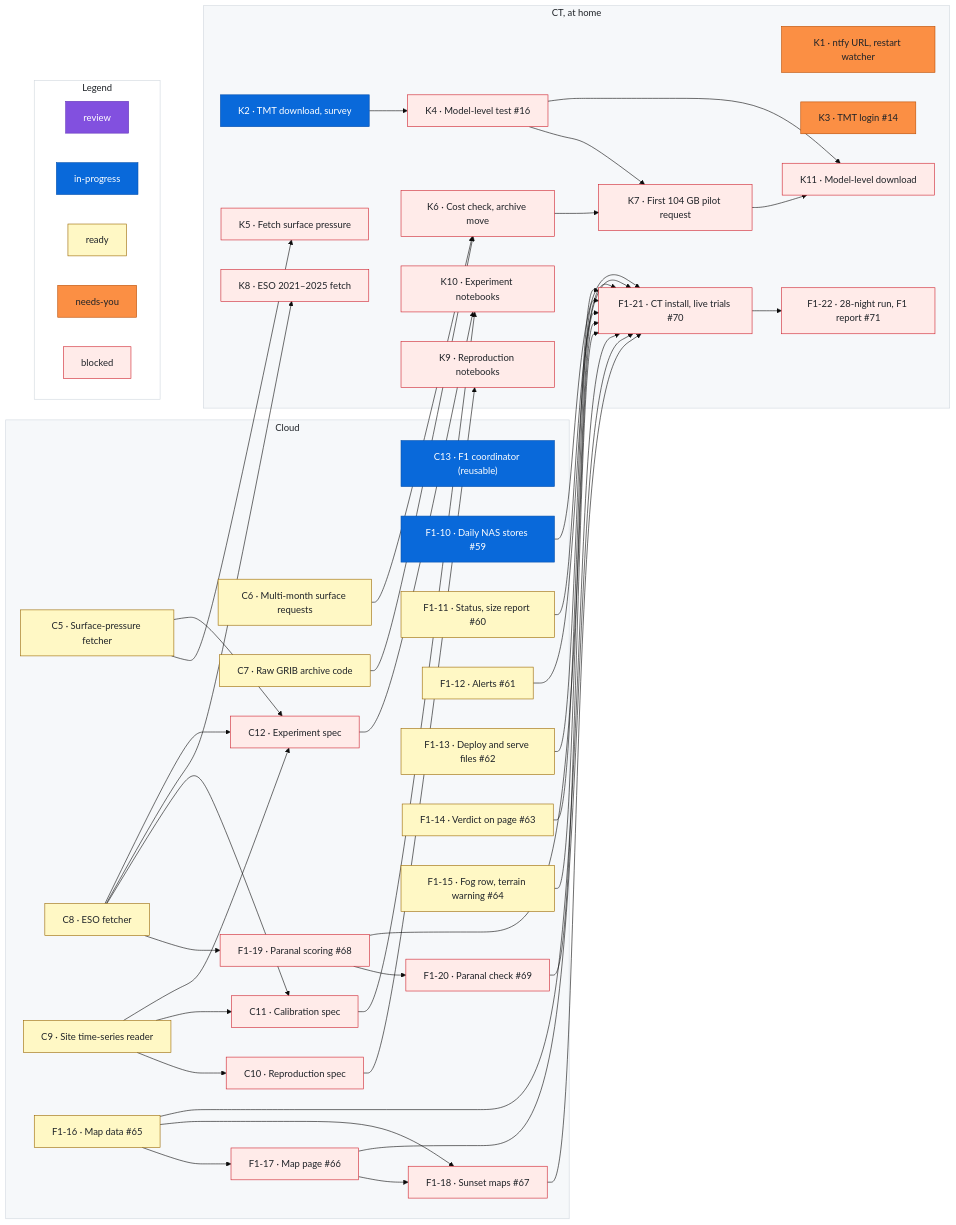
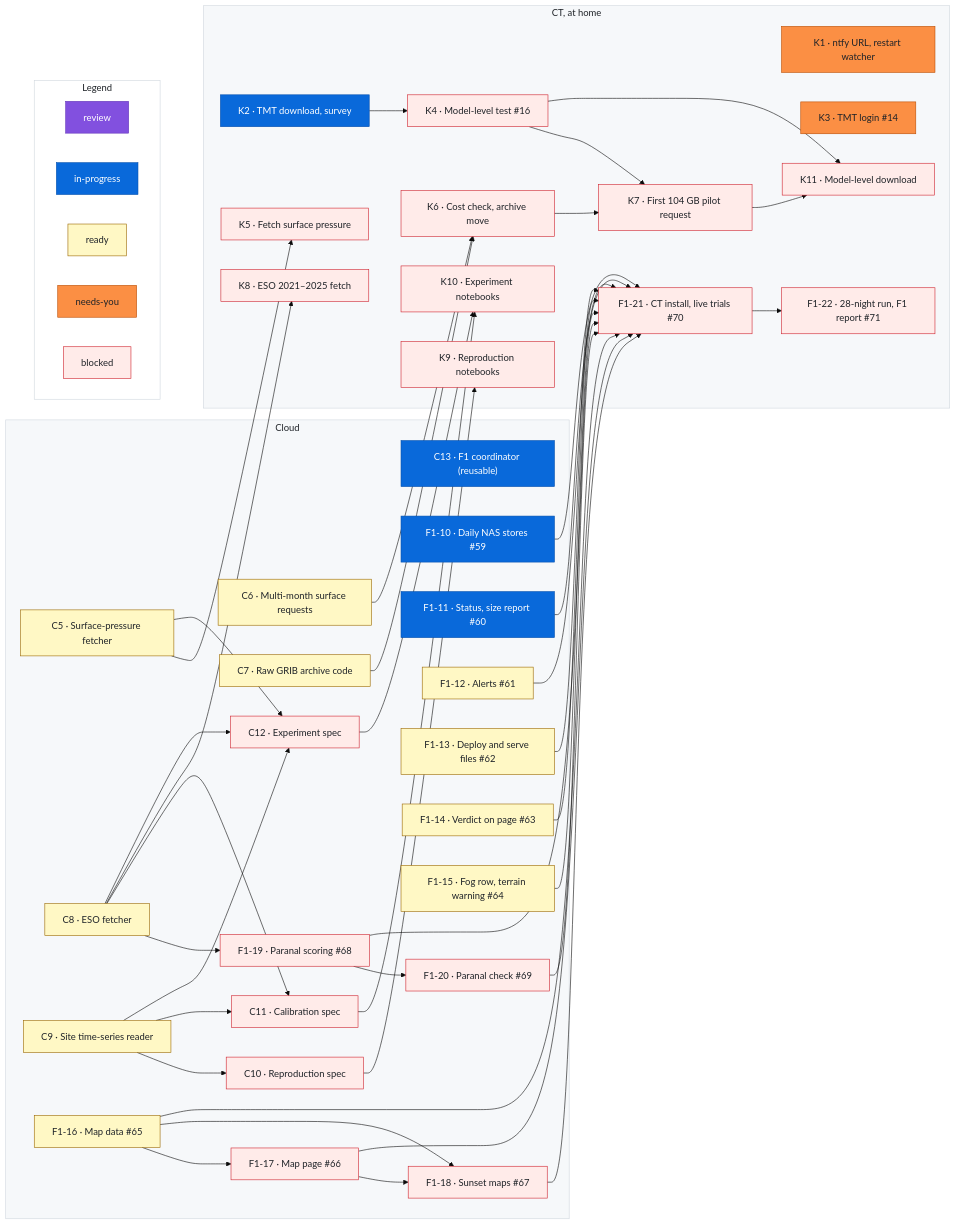
The diagram in docs/roadmap.md (rrweller/Astro-seeing), drawn with Mermaid (base theme) before and after one commit. The commit also changed other lines of this file, not shown here.

Commit message:
roadmap: F1-11 ready → in-progress

```diff
--- a/docs/roadmap.md
+++ b/docs/roadmap.md
@@ -197,7 +197,7 @@
   %% ---
   class F1_10 inprogress
   %% ---
-  class F1_11 ready
+  class F1_11 inprogress
   %% ---
   class F1_12 ready
   %% ---
```
